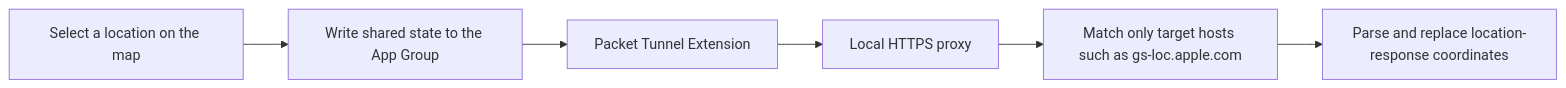
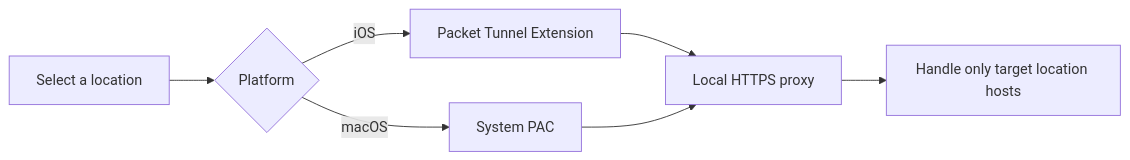
The diagram in README_EN.md (OpenHRTT/wloc), drawn with Mermaid before and after one commit. The commit also changed other lines of this file and 26 other files, not shown here.

````diff
--- a/README_EN.md
+++ b/README_EN.md
@@ -30,8 +30,9 @@
 ```mermaid
 flowchart LR
-    A["Select a location on the map"] --> B["Write shared state to the App Group"]
-    B --> C["Packet Tunnel Extension"]
-    C --> D["Local HTTPS proxy"]
-    D --> E["Match only target hosts such as gs-loc.apple.com"]
-    E --> F["Parse and replace location-response coordinates"]
+    A["Select a location"] --> B{"Platform"}
+    B -->|"iOS"| C["Packet Tunnel Extension"]
+    B -->|"macOS"| D["System PAC"]
+    C --> E["Local HTTPS proxy"]
+    D --> E
+    E --> F["Handle only target location hosts"]
 ```
````
